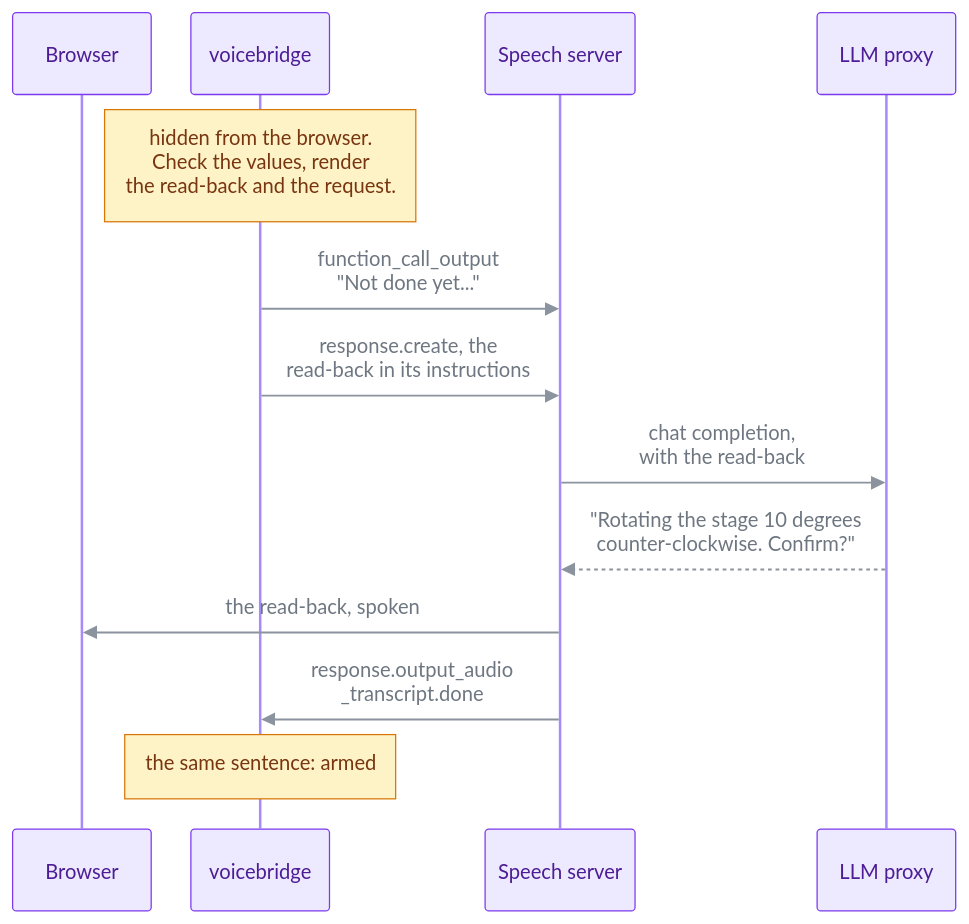
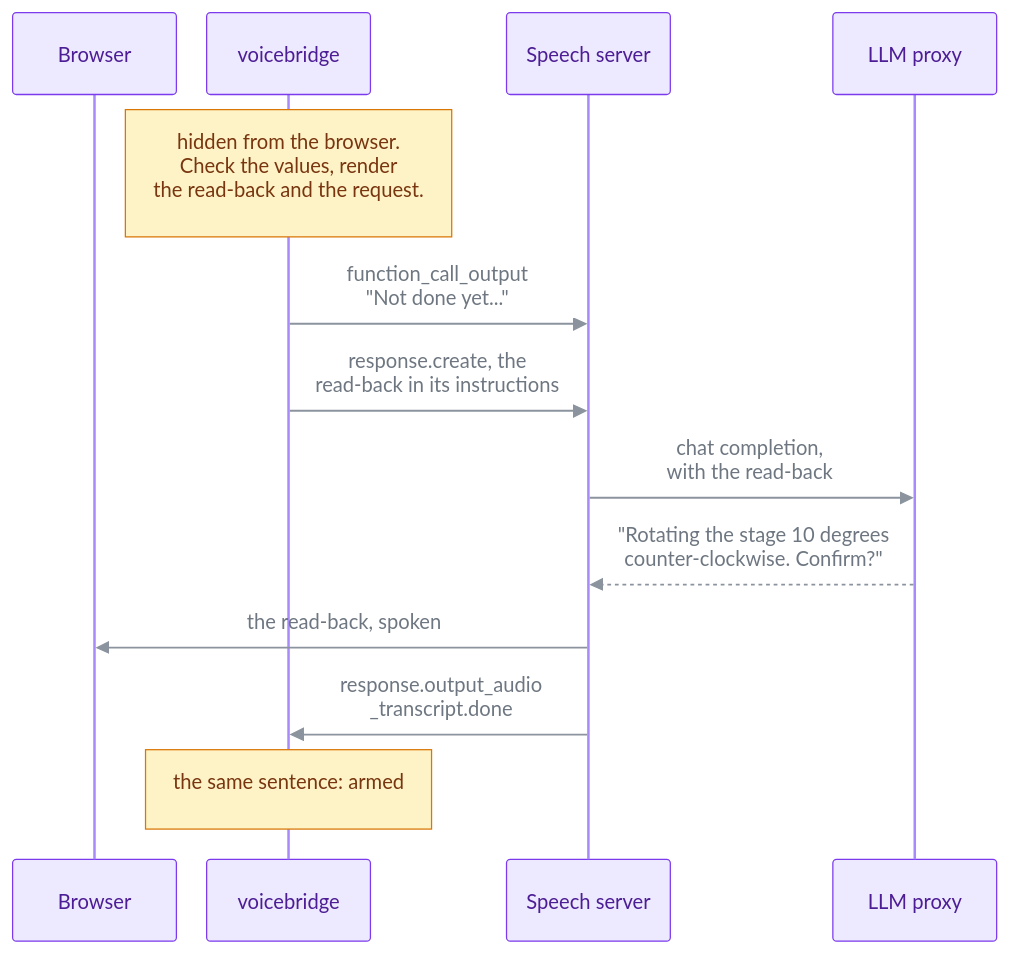
Before and after one commit to kineticsystem/stepit-speech: the third of 10 diagrams in docs/ARCHITECTURE.md, drawn with Mermaid. The commit also changed other lines of this file and 1 other file, not shown here.

First line of the commit message:
Shorter diagrams in the README and the architecture document

````diff
--- a/docs/ARCHITECTURE.md
+++ b/docs/ARCHITECTURE.md
@@ -228,62 +231,62 @@
 ```mermaid
 ---
 config:
   theme: base
   sequence:
     actorMargin: 24
-    width: 110
+    width: 130
     diagramMarginX: 10
     boxMargin: 12
     boxTextMargin: 8
     messageMargin: 40
-    noteMargin: 16
+    noteMargin: 22
     labelBoxWidth: 56
     labelBoxHeight: 28
     messageFontSize: 16
     actorFontSize: 16
     noteFontSize: 15
     wrap: false
   themeVariables:
     textColor: "#8b5cf6"
     actorBkg: "#ede9fe"
     actorBorder: "#7c3aed"
     actorTextColor: "#4c1d95"
     actorLineColor: "#a78bfa"
     signalColor: "#8b949e"
     signalTextColor: "#6e7781"
     labelBoxBkgColor: "#ccfbf1"
     labelBoxBorderColor: "#0d9488"
     labelTextColor: "#134e4a"
     loopTextColor: "#0d9488"
     noteBkgColor: "#fef3c7"
     noteBorderColor: "#d97706"
     noteTextColor: "#78350f"
     activationBkgColor: "#c4b5fd"
     activationBorderColor: "#7c3aed"
     mainBkg: "#ede9fe"
     nodeBorder: "#7c3aed"
     secondaryColor: "#ede9fe"
     secondaryBorderColor: "#7c3aed"
     secondaryTextColor: "#4c1d95"
     tertiaryColor: "#ede9fe"
     tertiaryBorderColor: "#7c3aed"
     tertiaryTextColor: "#4c1d95"
   themeCSS: >
     .actor { filter: drop-shadow(0 3px 6px rgba(15, 23, 42, 0.18)); }
     rect.actor { rx: 12px; ry: 12px; }
 ---
 sequenceDiagram
     participant Browser
     participant Bridge as voicebridge
     participant Speech as Speech server
     participant Proxy as LLM proxy
 
     Note over Bridge: hidden from the browser.<br/>Check the values, render<br/>the read-back and the request.
     Bridge ->> Speech: function_call_output<br/>"Not done yet..."
     Bridge ->> Speech: response.create, the<br/>read-back in its instructions
     Speech ->> Proxy: chat completion,<br/>with the read-back
     Proxy -->> Speech: "Rotating the stage 10 degrees<br/>counter-clockwise. Confirm?"
     Speech ->> Browser: the read-back, spoken
     Speech ->> Bridge: response.output_audio<br/>_transcript.done
     Note over Bridge: the same sentence: armed
 ```
````
